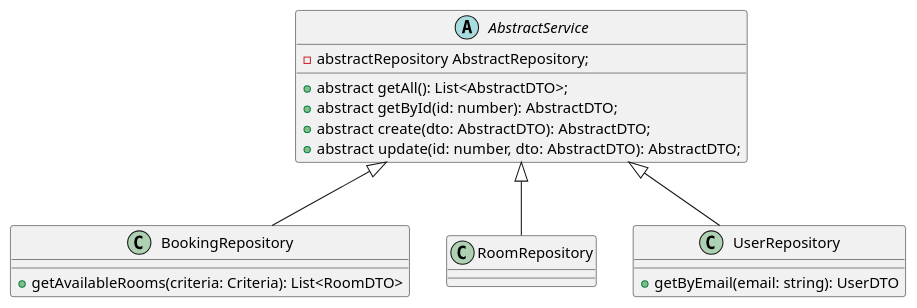
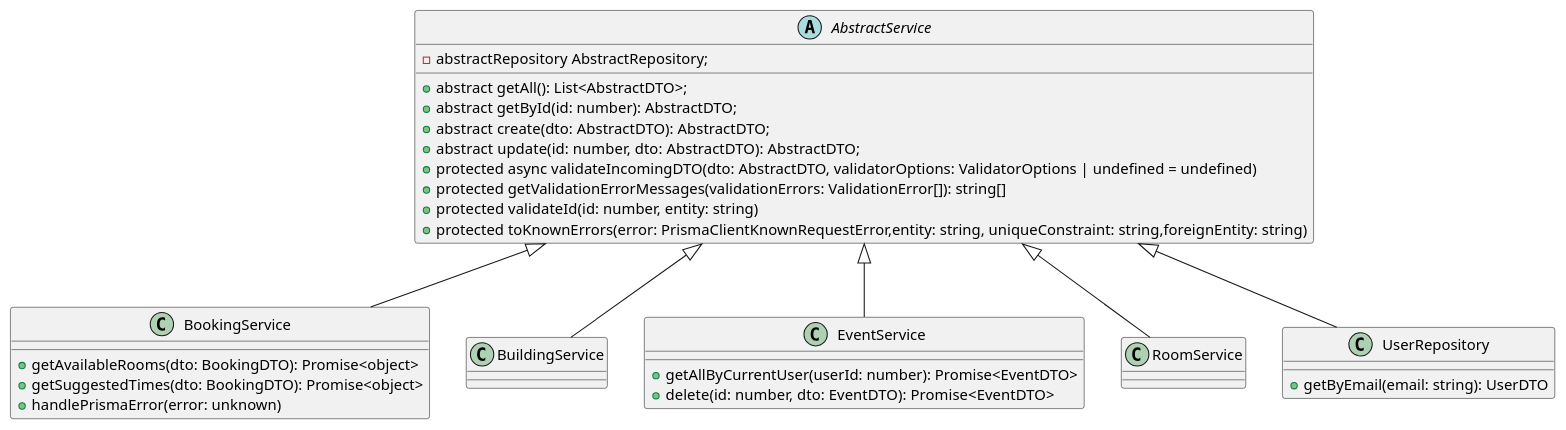
Before and after one commit to matata233/Room-Booking-System: the diagram in backend/uml/service.puml, drawn with PlantUML. The commit also changed 6 other files, not shown here.

Commit message:
1.remove unnessary comment 2. update authenticator with a reasonable key 3. update uml diagrams

```diff
--- a/backend/uml/service.puml
+++ b/backend/uml/service.puml
@@ -1,25 +1,39 @@
 @startuml
 
 ' Abstract classes
 
 abstract class AbstractService {
     +abstract getAll(): List<AbstractDTO>;
     +abstract getById(id: number): AbstractDTO;
     +abstract create(dto: AbstractDTO): AbstractDTO;
     +abstract update(id: number, dto: AbstractDTO): AbstractDTO;
+    +protected async validateIncomingDTO(dto: AbstractDTO, validatorOptions: ValidatorOptions | undefined = undefined)
+    +protected getValidationErrorMessages(validationErrors: ValidationError[]): string[]
+    +protected validateId(id: number, entity: string)
+    +protected toKnownErrors(error: PrismaClientKnownRequestError,entity: string, uniqueConstraint: string,foreignEntity: string)
     -abstractRepository AbstractRepository;
 }
 
 ' Concrete controller classes
-class BookingRepository extends AbstractService {
-    +getAvailableRooms(criteria: Criteria): List<RoomDTO>
+class BookingService extends AbstractService {
+    +getAvailableRooms(dto: BookingDTO): Promise<object>
+    +getSuggestedTimes(dto: BookingDTO): Promise<object>
+    +handlePrismaError(error: unknown)
 }
 
-class RoomRepository extends AbstractService {
+class BuildingService extends AbstractService {
+}
+
+class EventService extends AbstractService {
+    +getAllByCurrentUser(userId: number): Promise<EventDTO>
+    +delete(id: number, dto: EventDTO): Promise<EventDTO>
+}
+
+class RoomService extends AbstractService {
 }
 
 class UserRepository extends AbstractService {
-+getByEmail(email: string): UserDTO
+    +getByEmail(email: string): UserDTO
 }
 
 @enduml
```
